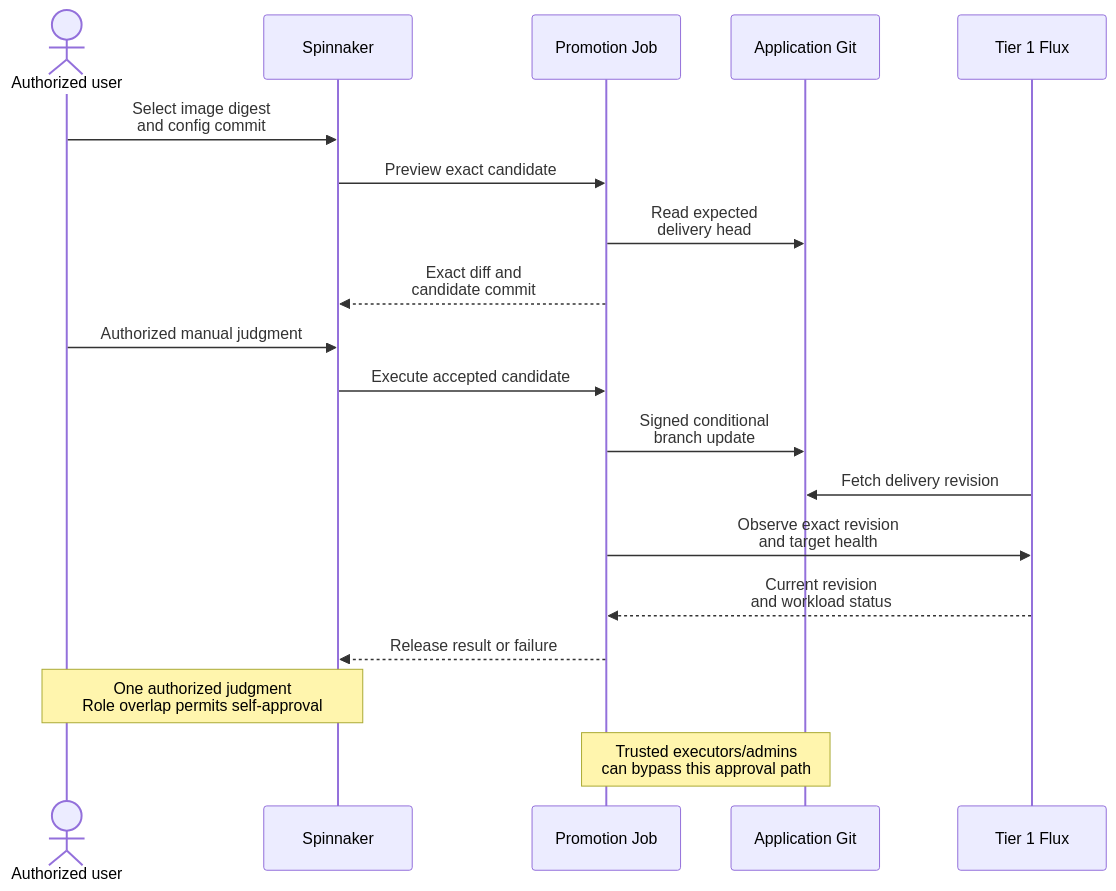
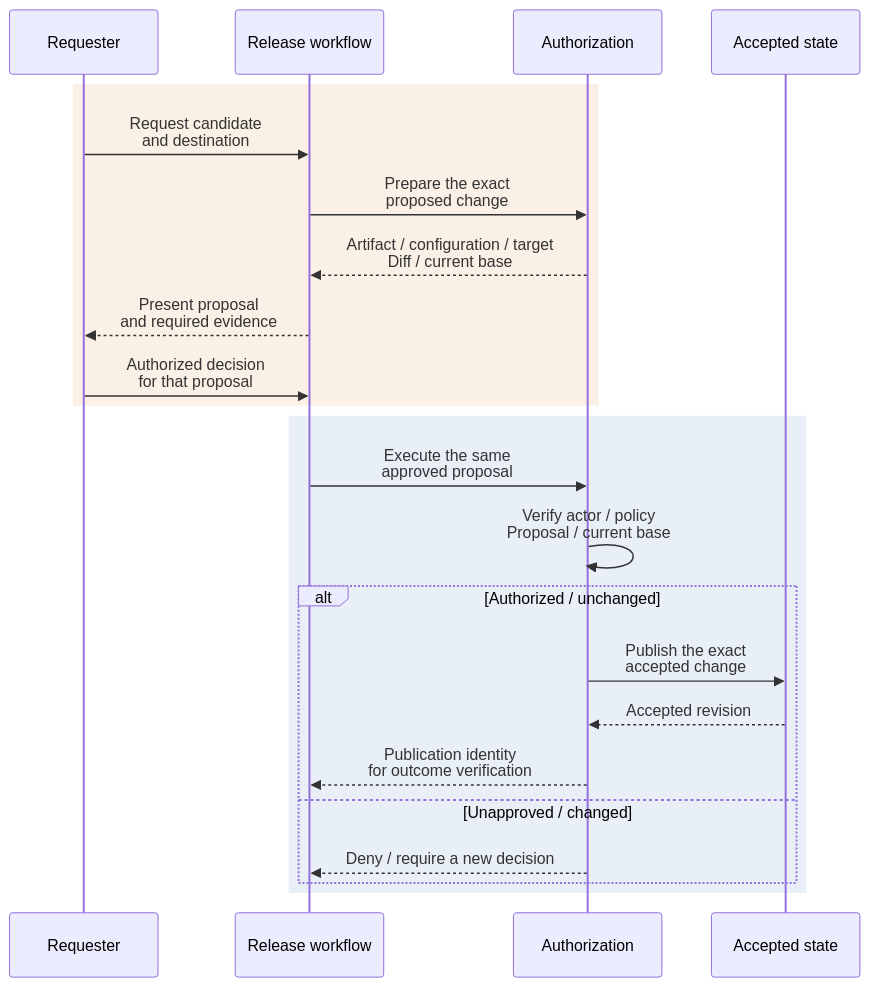
Before and after one commit to Rexus/homelab: the diagram in docs/01-architecture/10-delivery/approval-controls.md, drawn with Mermaid. The commit also changed other lines of this file and 383 other files, not shown here.

````diff
--- a/docs/01-architecture/10-delivery/approval-controls.md
+++ b/docs/01-architecture/10-delivery/approval-controls.md
@@ -7,21 +7,26 @@
 ```mermaid
+%%{init: {"fontFamily":"Arial, sans-serif","themeVariables":{"fontFamily":"Arial, sans-serif","fontSize":"14px"}}}%%
 sequenceDiagram
-  actor User as Authorized user
-  participant Spin as Spinnaker
-  participant Job as Promotion Job
-  participant Git as Application Git
-  participant Flux as Tier 1 Flux
-  User->>Spin: Select image digest<br/>and config commit
-  Spin->>Job: Preview exact candidate
-  Job->>Git: Read expected<br/>delivery head
-  Job-->>Spin: Exact diff and<br/>candidate commit
-  User->>Spin: Authorized manual judgment
-  Spin->>Job: Execute accepted candidate
-  Job->>Git: Signed conditional<br/>branch update
-  Flux->>Git: Fetch delivery revision
-  Job->>Flux: Observe exact revision<br/>and target health
-  Flux-->>Job: Current revision<br/>and workload status
-  Job-->>Spin: Release result or failure
-  Note over User,Spin: One authorized judgment<br/>Role overlap permits self-approval
-  Note over Job,Git: Trusted executors/admins<br/>can bypass this approval path
+  participant Requester as Requester
+  participant Workflow as Release workflow
+  participant Authority as Authorization
+  participant State as Accepted state
+  rect rgba(230,160,100,0.16)
+    Requester->>Workflow: Request candidate<br/>and destination
+    Workflow->>Authority: Prepare the exact<br/>proposed change
+    Authority-->>Workflow: Artifact / configuration / target<br/>Diff / current base
+    Workflow-->>Requester: Present proposal<br/>and required evidence
+    Requester->>Workflow: Authorized decision<br/>for that proposal
+  end
+  rect rgba(100,145,190,0.14)
+    Workflow->>Authority: Execute the same<br/>approved proposal
+    Authority->>Authority: Verify actor / policy<br/>Proposal / current base
+    alt Authorized / unchanged
+      Authority->>State: Publish the exact<br/>accepted change
+      State-->>Authority: Accepted revision
+      Authority-->>Workflow: Publication identity<br/>for outcome verification
+    else Unapproved / changed
+      Authority-->>Workflow: Deny / require a new decision
+    end
+  end
 ```
````
